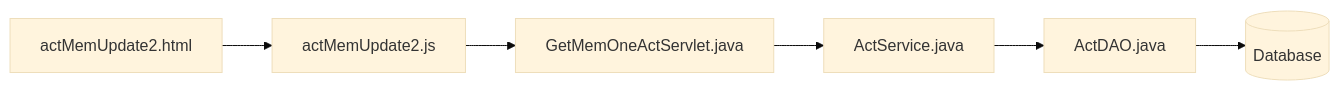
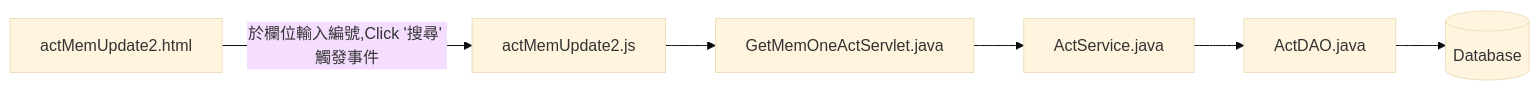
One commit to TLexYuW/CGA103G1OwnPart changed the seventh of 16 diagrams in README.md. Above: the diagram before and after it, drawn with Mermaid (base theme). The commit also changed other lines of this file, not shown here.

Commit message:
LexVaultBackup: 2022-09-11 23:38:53
Affected files:
README.md

````diff
--- a/README.md
+++ b/README.md
@@ -100,5 +101,6 @@
 ```mermaid
 flowchart LR
-	aMU2html[actMemUpdate2.html] --> aMU2js[actMemUpdate2.js] --> GMOAS[GetMemOneActServlet.java]
+	aMU2html[actMemUpdate2.html] -->|於欄位輸入編號,Click '搜尋' 觸發事件| aMU2js[actMemUpdate2.js]
+	--> GMOAS[GetMemOneActServlet.java]
 	--> AS[ActService.java] --> AD[ActDAO.java] --> DB[(Database)]
 ```  
````
